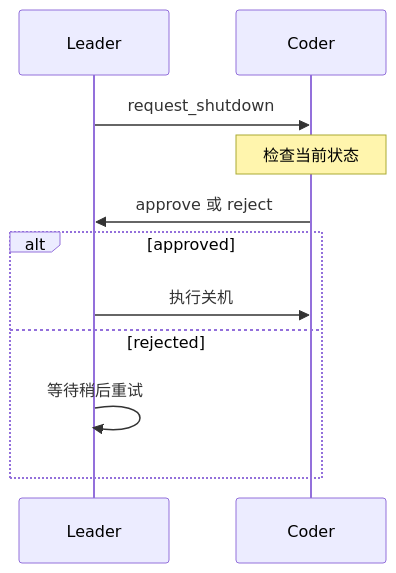
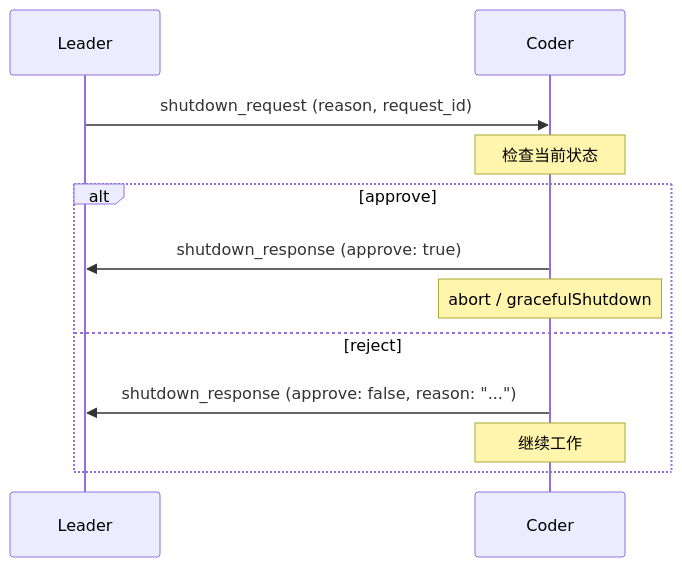
One commit to ranxi2001/zero2Agent changed the first of 2 diagrams in learn-claude-code/10-team-protocols/index.md. Above: the diagram before and after it, drawn with Mermaid. The commit also changed other lines of this file and 11 other files, not shown here.

```diff
--- a/learn-claude-code/10-team-protocols/index.md
+++ b/learn-claude-code/10-team-protocols/index.md
@@ -146,11 +186,12 @@
 <div class="mermaid">
 sequenceDiagram
-    Leader->>Coder: request_shutdown
+    Leader->>Coder: shutdown_request (reason, request_id)
     Note over Coder: 检查当前状态
-    Coder->>Leader: approve 或 reject
-    alt approved
-        Leader->>Coder: 执行关机
-    else rejected
-        Leader->>Leader: 等待稍后重试
+    alt approve
+        Coder->>Leader: shutdown_response (approve: true)
+        Note over Coder: abort / gracefulShutdown
+    else reject
+        Coder->>Leader: shutdown_response (approve: false, reason: "...")
+        Note over Coder: 继续工作
     end
 </div>
```
